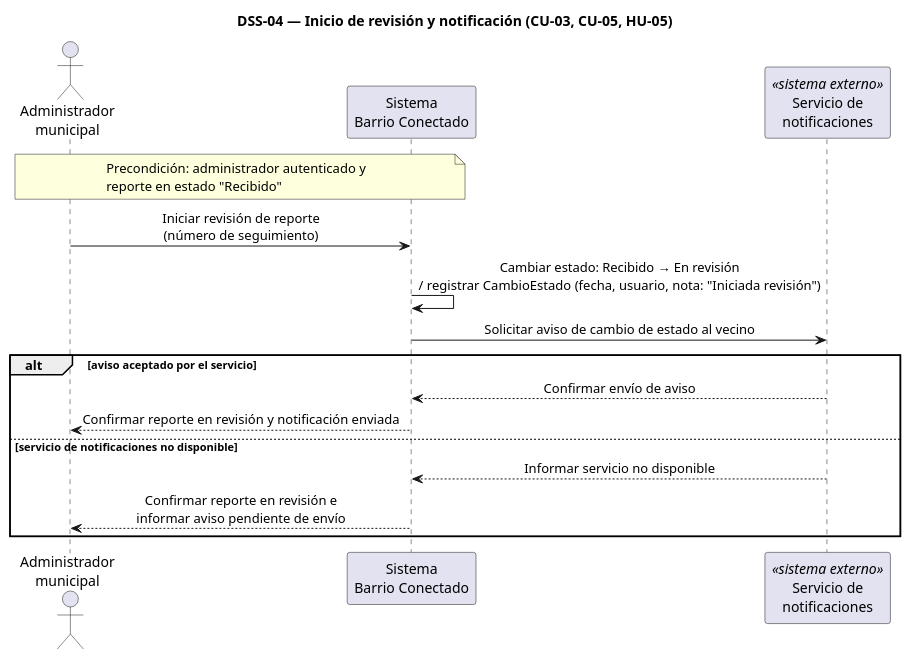
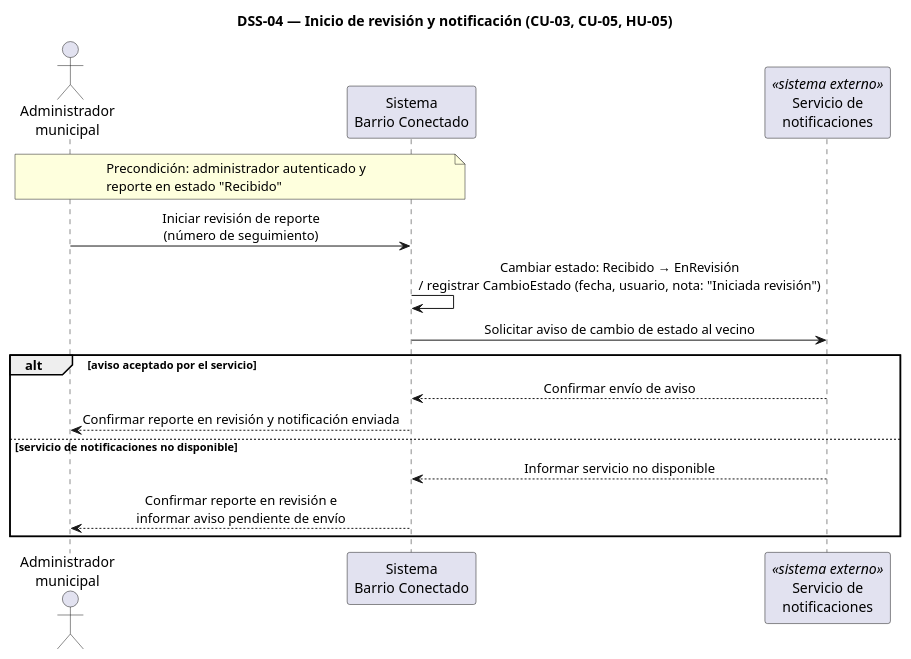
One commit to bruhmzk/Barrio-Conectado changed the diagram in diagramas/dss-04.puml. Above: the diagram before and after it, drawn with PlantUML. The commit also changed 9 other files, not shown here.

```diff
--- a/diagramas/dss-04.puml
+++ b/diagramas/dss-04.puml
@@ -1,25 +1,25 @@
 @startuml dss-04
 title DSS-04 — Inicio de revisión y notificación (CU-03, CU-05, HU-05)
 skinparam shadowing false
 skinparam sequenceMessageAlign center
 
 actor Admin as "Administrador\nmunicipal"
 participant Sistema as "Sistema\nBarrio Conectado"
 participant Notif as "Servicio de\nnotificaciones" <<sistema externo>>
 
 note over Admin, Sistema : Precondición: administrador autenticado y\nreporte en estado "Recibido"
 
 Admin -> Sistema : Iniciar revisión de reporte\n(número de seguimiento)
 
-Sistema -> Sistema : Cambiar estado: Recibido → En revisión\n/ registrar CambioEstado (fecha, usuario, nota: "Iniciada revisión")
+Sistema -> Sistema : Cambiar estado: Recibido → EnRevisión\n/ registrar CambioEstado (fecha, usuario, nota: "Iniciada revisión")
 
 Sistema -> Notif : Solicitar aviso de cambio de estado al vecino
 
 alt aviso aceptado por el servicio
   Notif --> Sistema : Confirmar envío de aviso
   Sistema --> Admin : Confirmar reporte en revisión y notificación enviada
 else servicio de notificaciones no disponible
   Notif --> Sistema : Informar servicio no disponible
   Sistema --> Admin : Confirmar reporte en revisión e\ninformar aviso pendiente de envío
 end
 @enduml
```
